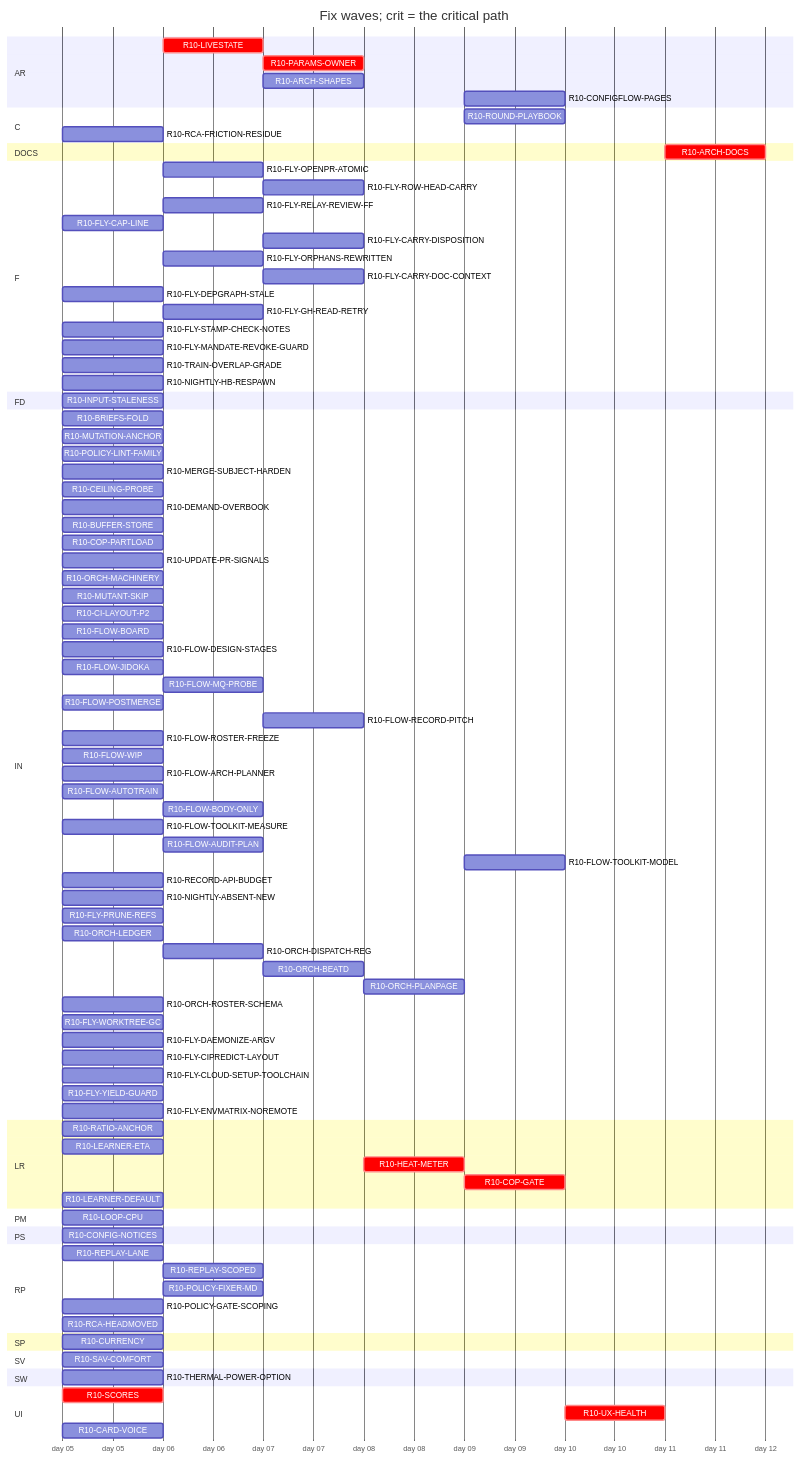
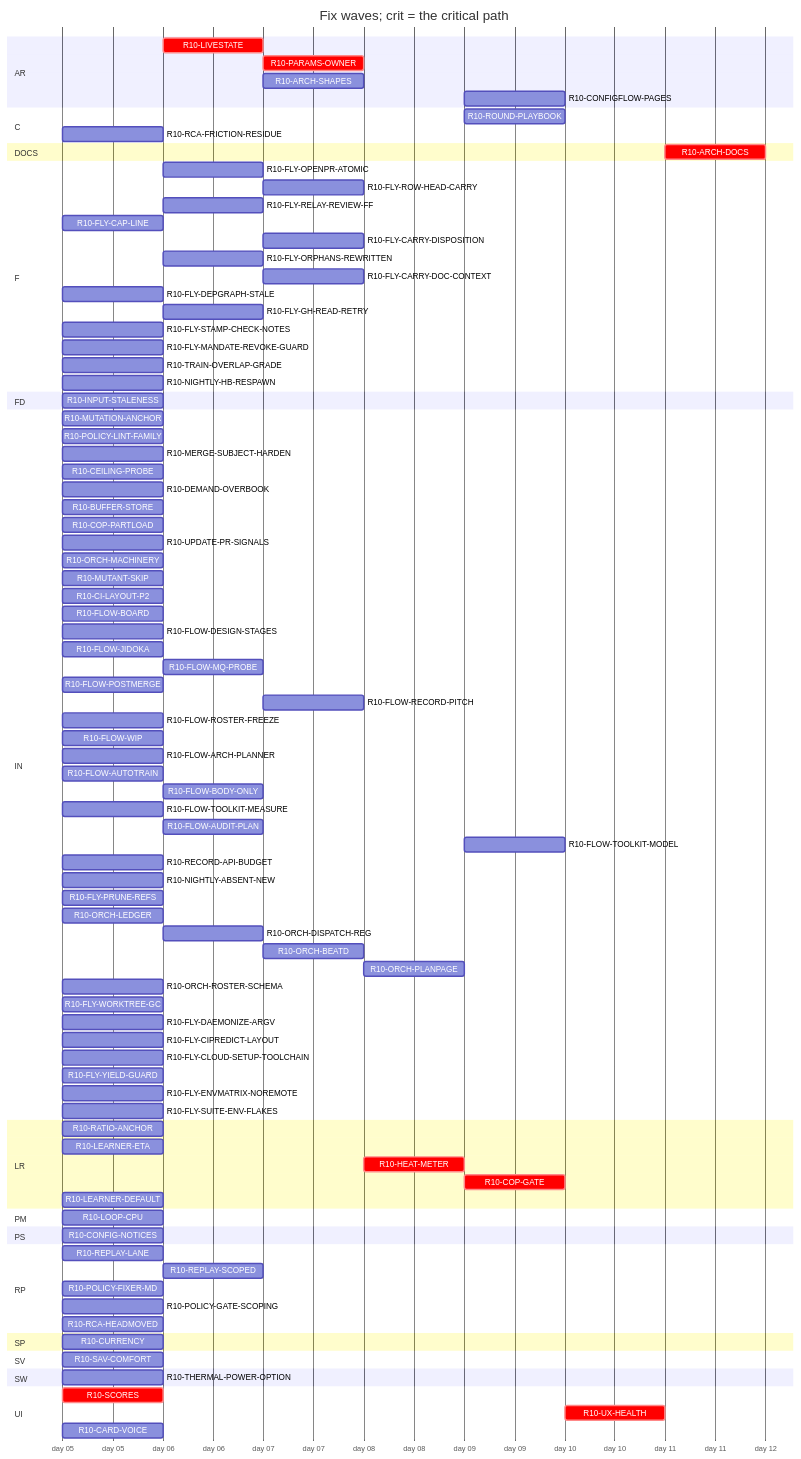
The diagram in handoff/round10/state/PLAN-TABLE.md (tvofi/heatpump_optimizer), drawn with Mermaid before and after one commit. The commit also changed other lines of this file and 2 other files, not shown here.

```diff
--- a/handoff/round10/state/PLAN-TABLE.md
+++ b/handoff/round10/state/PLAN-TABLE.md
@@ -38,7 +38,7 @@
     R10-ROUND-PLAYBOOK :r10ROUNDPLAYBOOK, after r10FLOWARCHPLANNER r10FLOWAUDITPLAN r10ORCHLEDGER r10ORCHDISPATCHREG r10ORCHBEATD r10ORCHPLANPAGE r10FLOWAUTOTRAIN r10CILAYOUTP2, 1d
     R10-RCA-FRICTION-RESIDUE :r10RCAFRICTIONRESIDUE, 2026-01-05, 1d
   section DOCS
-    R10-ARCH-DOCS :crit, r10ARCHDOCS, after r10RATIOANCHOR r10INPUTSTALENESS r10CURRENCY r10LOOPCPU r10SCORES r10LIVESTATE r10CONFIGNOTICES r10PARAMSOWNER r10ARCHSHAPES r10LEARNERETA r10HEATMETER r10COPGATE r10UXHEALTH r10CONFIGFLOWPAGES r10BRIEFSFOLD r10REPLAYLANE r10REPLAYSCOPED, 1d
+    R10-ARCH-DOCS :crit, r10ARCHDOCS, after r10RATIOANCHOR r10INPUTSTALENESS r10CURRENCY r10LOOPCPU r10SCORES r10LIVESTATE r10CONFIGNOTICES r10PARAMSOWNER r10ARCHSHAPES r10LEARNERETA r10HEATMETER r10COPGATE r10UXHEALTH r10CONFIGFLOWPAGES r10REPLAYLANE r10REPLAYSCOPED, 1d
   section F
     R10-FLY-OPENPR-ATOMIC :r10FLYOPENPRATOMIC, after r10UPDATEPRSIGNALS, 1d
     R10-FLY-ROW-HEAD-CARRY :r10FLYROWHEADCARRY, after r10CILAYOUTP2 r10FLYOPENPRATOMIC, 1d
@@ -56,7 +56,6 @@
   section FD
     R10-INPUT-STALENESS :r10INPUTSTALENESS, 2026-01-05, 1d
   section IN
-    R10-BRIEFS-FOLD :r10BRIEFSFOLD, 2026-01-05, 1d
     R10-MUTATION-ANCHOR :r10MUTATIONANCHOR, 2026-01-05, 1d
     R10-POLICY-LINT-FAMILY :r10POLICYLINTFAMILY, 2026-01-05, 1d
     R10-MERGE-SUBJECT-HARDEN :r10MERGESUBJECTHARDEN, 2026-01-05, 1d
@@ -96,6 +95,7 @@
     R10-FLY-CLOUD-SETUP-TOOLCHAIN :r10FLYCLOUDSETUPTOOLCHAIN, 2026-01-05, 1d
     R10-FLY-YIELD-GUARD :r10FLYYIELDGUARD, 2026-01-05, 1d
     R10-FLY-ENVMATRIX-NOREMOTE :r10FLYENVMATRIXNOREMOTE, 2026-01-05, 1d
+    R10-FLY-SUITE-ENV-FLAKES :r10FLYSUITEENVFLAKES, 2026-01-05, 1d
   section LR
     R10-RATIO-ANCHOR :r10RATIOANCHOR, 2026-01-05, 1d
     R10-LEARNER-ETA :r10LEARNERETA, 2026-01-05, 1d
@@ -109,7 +109,7 @@
   section RP
     R10-REPLAY-LANE :r10REPLAYLANE, 2026-01-05, 1d
     R10-REPLAY-SCOPED :r10REPLAYSCOPED, after r10REPLAYLANE, 1d
-    R10-POLICY-FIXER-MD :r10POLICYFIXERMD, after r10BRIEFSFOLD, 1d
+    R10-POLICY-FIXER-MD :r10POLICYFIXERMD, 2026-01-05, 1d
     R10-POLICY-GATE-SCOPING :r10POLICYGATESCOPING, 2026-01-05, 1d
     R10-RCA-HEADMOVED :r10RCAHEADMOVED, 2026-01-05, 1d
   section SP
```
